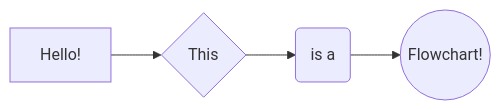
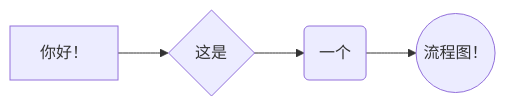
One commit to EloitHao/EloitHao.github.io changed the diagram in info/markdown-syntax.md. Above: the diagram before and after it, drawn with Mermaid. The commit also changed other lines of this file and 35 other files, not shown here.

````diff
--- a/info/markdown-syntax.md
+++ b/info/markdown-syntax.md
@@ -285,6 +285,6 @@
 ```mermaid
   graph LR;
-   A[Hello!] --> B{This}
-  B --> C(is a)
-  C --> D((Flowchart!))
+   A[你好！] --> B{这是}
+  B --> C(一个)
+  C --> D((流程图！))
 ```
````
